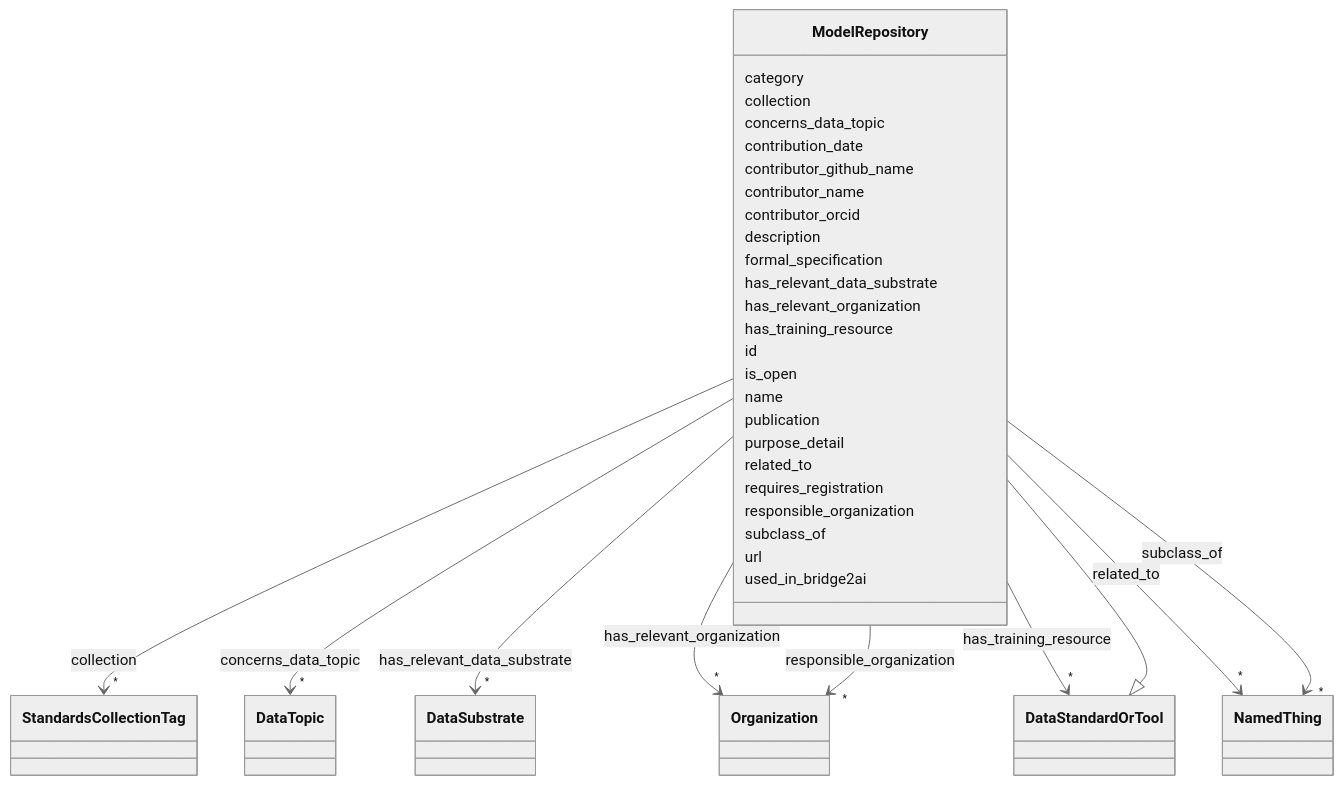
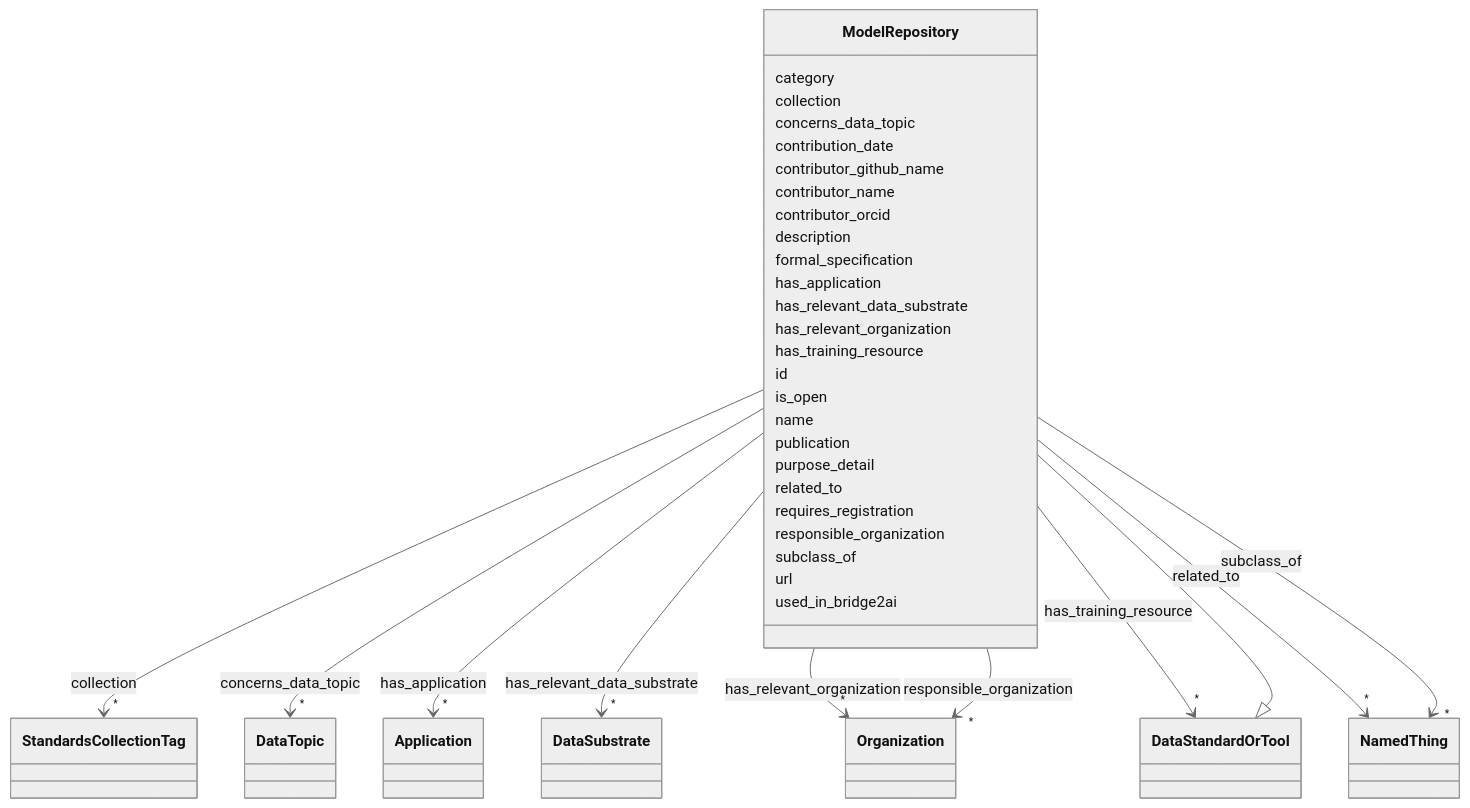
The diagram in docs/ModelRepository.md (bridge2ai/standards-schemas), drawn with Mermaid (neutral theme) before and after one commit. The commit also changed other lines of this file and 54 other files, not shown here.

Commit message:
Update schema artifacts

```diff
--- a/docs/ModelRepository.md
+++ b/docs/ModelRepository.md
@@ -57,6 +57,17 @@
       ModelRepository : description
         
       ModelRepository : formal_specification
+        
+      ModelRepository : has_application
+        
+          
+    
+        
+        
+        ModelRepository --> "*" Application : has_application
+        click Application href "../Application/"
+    
+
         
       ModelRepository : has_relevant_data_substrate
         
```
